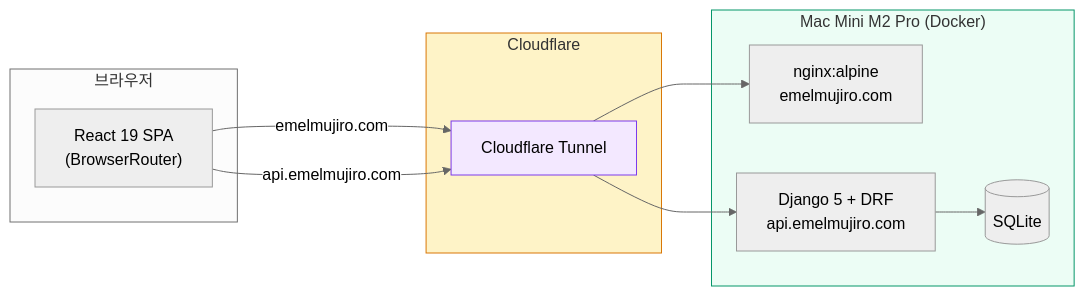
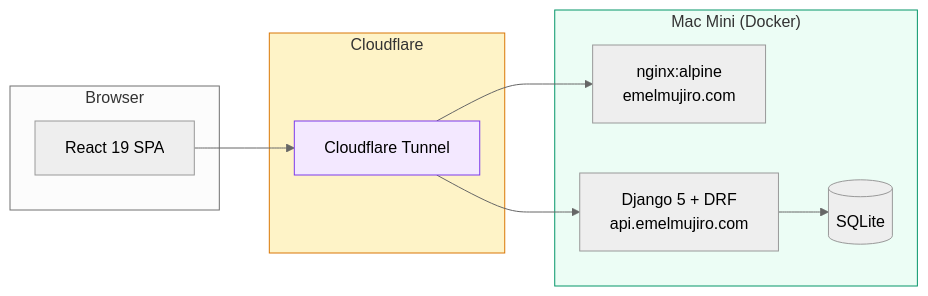
The diagram in README.md (researcherhojin/emelmujiro), drawn with Mermaid (neutral theme) before and after one commit. The commit also changed other lines of this file, not shown here.

````diff
--- a/README.md
+++ b/README.md
@@ -70,26 +41,25 @@
 ```mermaid
 graph LR
-    subgraph Client["브라우저"]
-        React["React 19 SPA<br/>(BrowserRouter)"]
+    subgraph Client["Browser"]
+        React["React 19 SPA"]
     end
 
     subgraph CF["Cloudflare"]
         Tunnel["Cloudflare Tunnel"]
     end
 
-    subgraph MacMini["Mac Mini M2 Pro (Docker)"]
+    subgraph MacMini["Mac Mini (Docker)"]
         Nginx["nginx:alpine<br/>emelmujiro.com"]
         DRF["Django 5 + DRF<br/>api.emelmujiro.com"]
         DB[(SQLite)]
     end
 
-    React -->|"emelmujiro.com"| Tunnel
-    React -->|"api.emelmujiro.com"| Tunnel
+    React --> Tunnel
     Tunnel --> Nginx
     Tunnel --> DRF
     DRF --> DB
 
     style Tunnel fill:#F3E8FF,stroke:#7C3AED
     style MacMini fill:#ECFDF5,stroke:#059669
     style CF fill:#FEF3C7,stroke:#D97706
 ```
````
